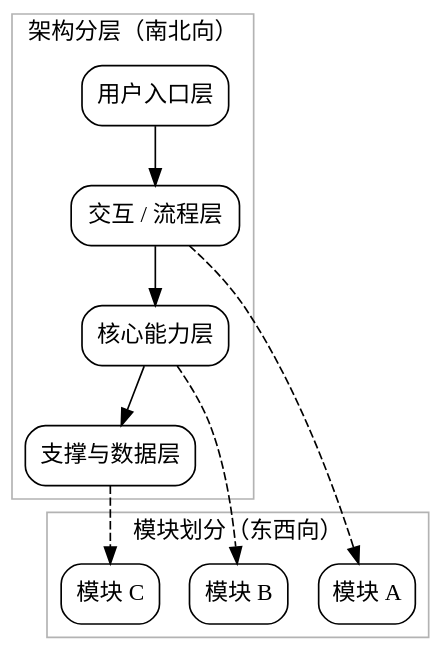
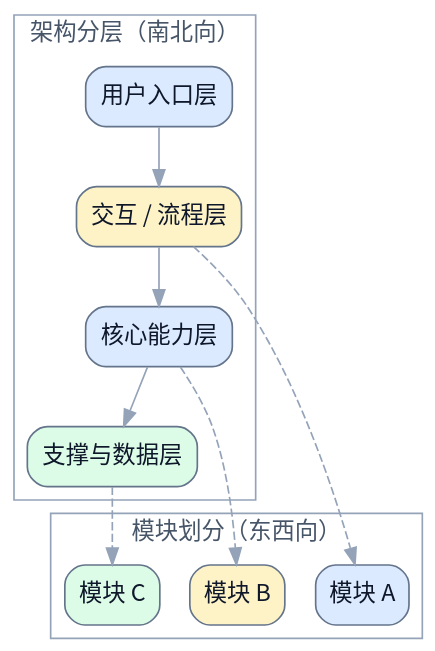
Before and after one commit to terencefan/inority-workspace: the second of 2 diagrams in skills/write-spec/references/product-spec-template.md, drawn with Graphviz. The commit also changed other lines of this file and 28 other files, not shown here.

````diff
--- a/skills/write-spec/references/product-spec-template.md
+++ b/skills/write-spec/references/product-spec-template.md
@@ -89,29 +91,32 @@
 ```dot
 digraph ArchitectureOverview {
   rankdir=TB;
-  graph [bgcolor="transparent"];
-  node [shape=box, style="rounded"];
+  graph [bgcolor="transparent", fontname="Noto Sans CJK SC"];
+  node [fontname="Noto Sans CJK SC", shape=box, style="rounded,filled", color="#64748b", fontcolor="#0f172a", fillcolor="#f8fafc"];
+  edge [fontname="Noto Sans CJK SC", color="#94a3b8", fontcolor="#94a3b8"];
 
   subgraph cluster_ns {
     label="架构分层（南北向）";
-    color=gray70;
-    user [label="用户入口层"];
-    interaction [label="交互 / 流程层"];
-    capability [label="核心能力层"];
-    support [label="支撑与数据层"];
+    color="#94a3b8";
+    fontcolor="#475569";
+    user [label="用户入口层", fillcolor="#dbeafe"];
+    interaction [label="交互 / 流程层", fillcolor="#fef3c7"];
+    capability [label="核心能力层", fillcolor="#dbeafe"];
+    support [label="支撑与数据层", fillcolor="#dcfce7"];
     user -> interaction -> capability -> support;
   }
 
   subgraph cluster_ew {
     label="模块划分（东西向）";
-    color=gray70;
-    moduleA [label="模块 A"];
-    moduleB [label="模块 B"];
-    moduleC [label="模块 C"];
+    color="#94a3b8";
+    fontcolor="#475569";
+    moduleA [label="模块 A", fillcolor="#dbeafe"];
+    moduleB [label="模块 B", fillcolor="#fef3c7"];
+    moduleC [label="模块 C", fillcolor="#dcfce7"];
   }
 
   interaction -> moduleA [style=dashed];
   capability -> moduleB [style=dashed];
   support -> moduleC [style=dashed];
 }
 ```
````
